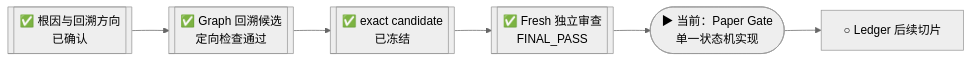
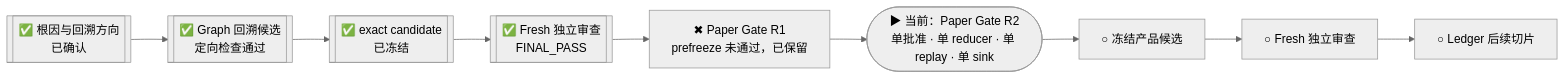
One commit to j-a-v-e-n/knowledge-vault changed the first of 2 diagrams in MyBrain/automation/reports/investment-discipline-system/CURRENT_PROGRESS.md. Above: the diagram before and after it, drawn with Mermaid (neutral theme). The commit also changed other lines of this file, not shown here.

````diff
--- a/MyBrain/automation/reports/investment-discipline-system/CURRENT_PROGRESS.md
+++ b/MyBrain/automation/reports/investment-discipline-system/CURRENT_PROGRESS.md
@@ -8,8 +8,11 @@
 ```mermaid
 flowchart LR
     A[["✅ 根因与回溯方向<br/>已确认"]] --> B[["✅ Graph 回溯候选<br/>定向检查通过"]]
     B --> C[["✅ exact candidate<br/>已冻结"]]
     C --> D[["✅ Fresh 独立审查<br/>FINAL_PASS"]]
-    D --> E(["▶ 当前：Paper Gate<br/>单一状态机实现"])
-    E --> F["○ Ledger 后续切片"]
+    D --> E["✖ Paper Gate R1<br/>prefreeze 未通过，已保留"]
+    E --> F(["▶ 当前：Paper Gate R2<br/>单批准 · 单 reducer · 单 replay · 单 sink"])
+    F --> G["○ 冻结产品候选"]
+    G --> H["○ Fresh 独立审查"]
+    H --> I["○ Ledger 后续切片"]
 ```
````
